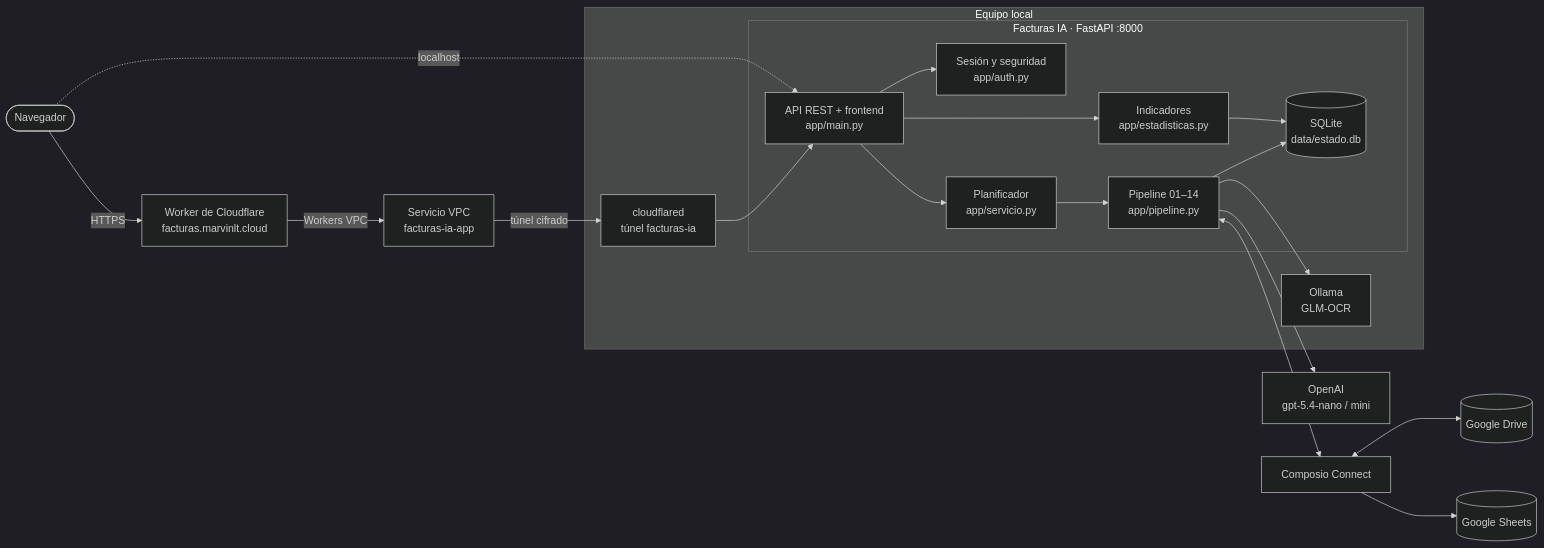
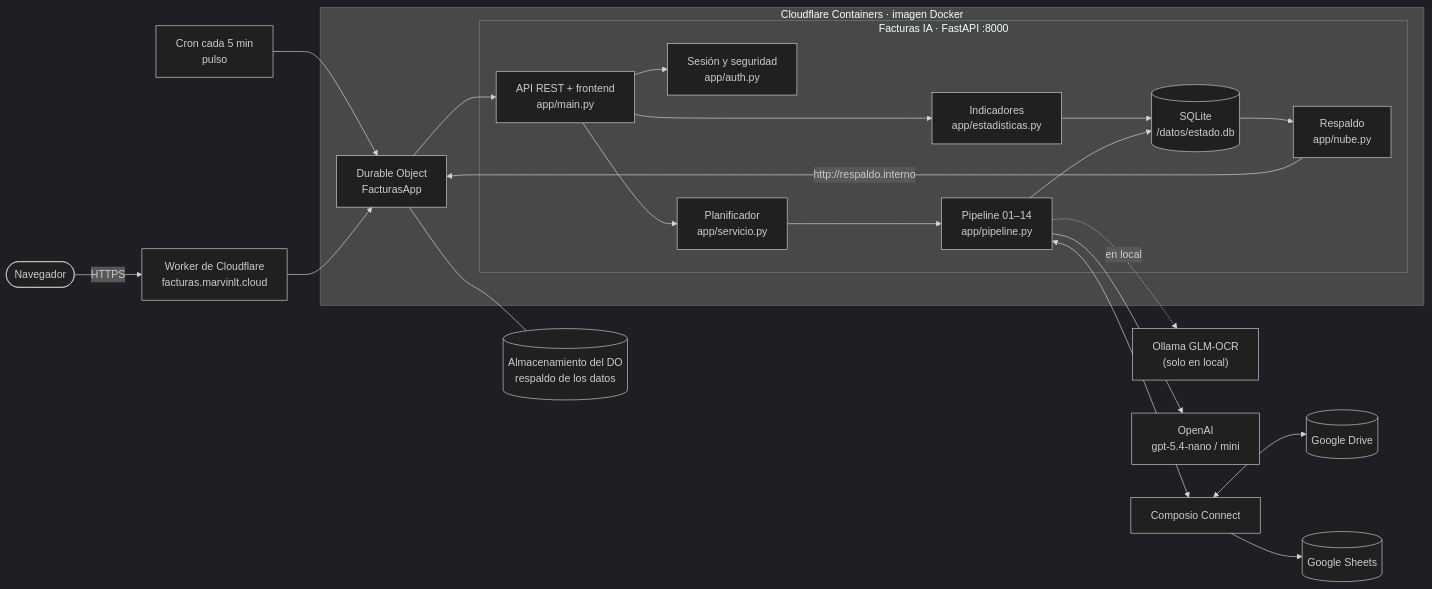
One commit to Marvinilt/Analisis_Facturas_IA changed the diagram in README.md. Above: the diagram before and after it, drawn with Mermaid (dark theme). The commit also changed other lines of this file and 22 other files, not shown here.

First line of the commit message:
feat(nube): Facturas IA corre entero en Cloudflare Containers (v1.2.0)

````diff
--- a/README.md
+++ b/README.md
@@ -93,29 +94,31 @@
 ```mermaid
 flowchart LR
     U(["Navegador"]) -- HTTPS --> W["Worker de Cloudflare<br/>facturas.marvinlt.cloud"]
-    W -- Workers VPC --> VPC["Servicio VPC<br/>facturas-ia-app"]
-    VPC -- túnel cifrado --> T["cloudflared<br/>túnel facturas-ia"]
-    U -. localhost .-> API
+    CRON["Cron cada 5 min<br/>pulso"] --> DO
+    W --> DO["Durable Object<br/>FacturasApp"]
+    DO --- ST[("Almacenamiento del DO<br/>respaldo de los datos")]
 
-    subgraph Equipo["Equipo local"]
-        T --> API
+    subgraph Contenedor["Cloudflare Containers · imagen Docker"]
+        DO --> API
         subgraph App["Facturas IA · FastAPI :8000"]
             AUTH["Sesión y seguridad<br/>app/auth.py"]
             API["API REST + frontend<br/>app/main.py"]
             EST["Indicadores<br/>app/estadisticas.py"]
             SV["Planificador<br/>app/servicio.py"]
             P["Pipeline 01–14<br/>app/pipeline.py"]
-            DB[("SQLite<br/>data/estado.db")]
+            DB[("SQLite<br/>/datos/estado.db")]
+            R["Respaldo<br/>app/nube.py"]
         end
-        O["Ollama<br/>GLM-OCR"]
     end
+    O["Ollama GLM-OCR<br/>(solo en local)"]
 
     API --> AUTH
     API --> EST --> DB
     API --> SV --> P --> DB
-    P --> O
+    DB --> R -- http://respaldo.interno --> DO
+    P -. en local .-> O
     P --> OA["OpenAI<br/>gpt-5.4-nano / mini"]
     P <--> CO["Composio Connect"]
     CO <--> GD[("Google Drive")]
     CO --> GS[("Google Sheets")]
 ```
````
